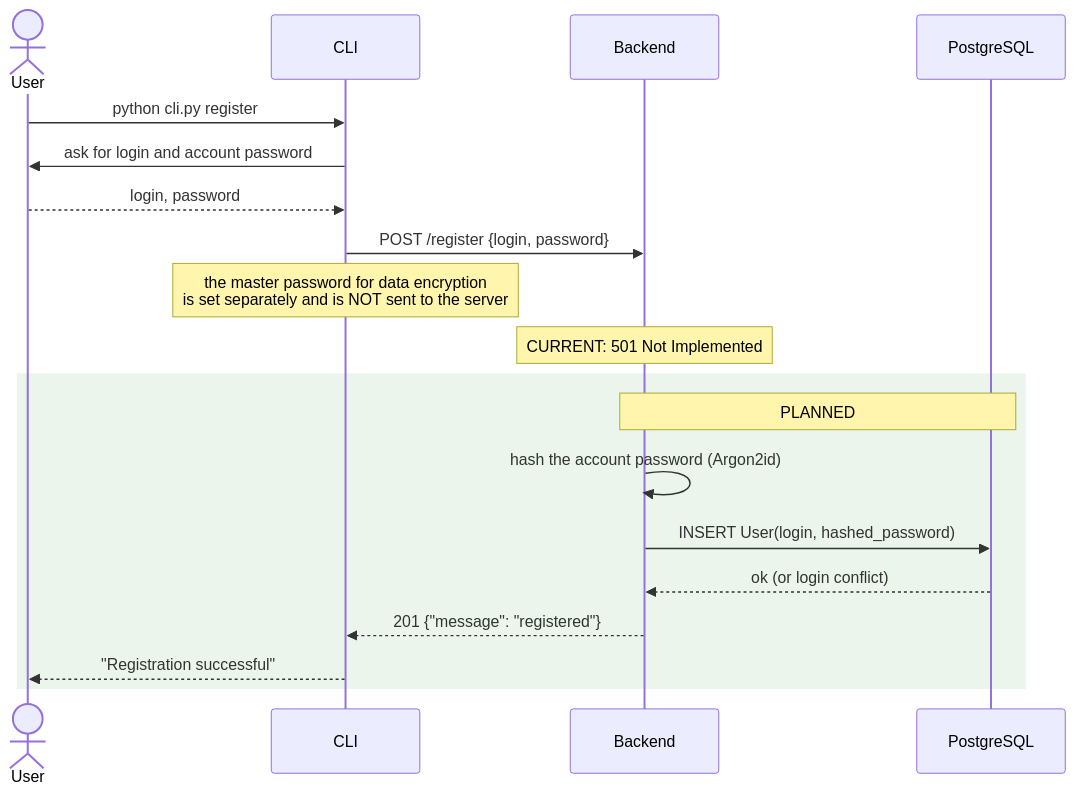
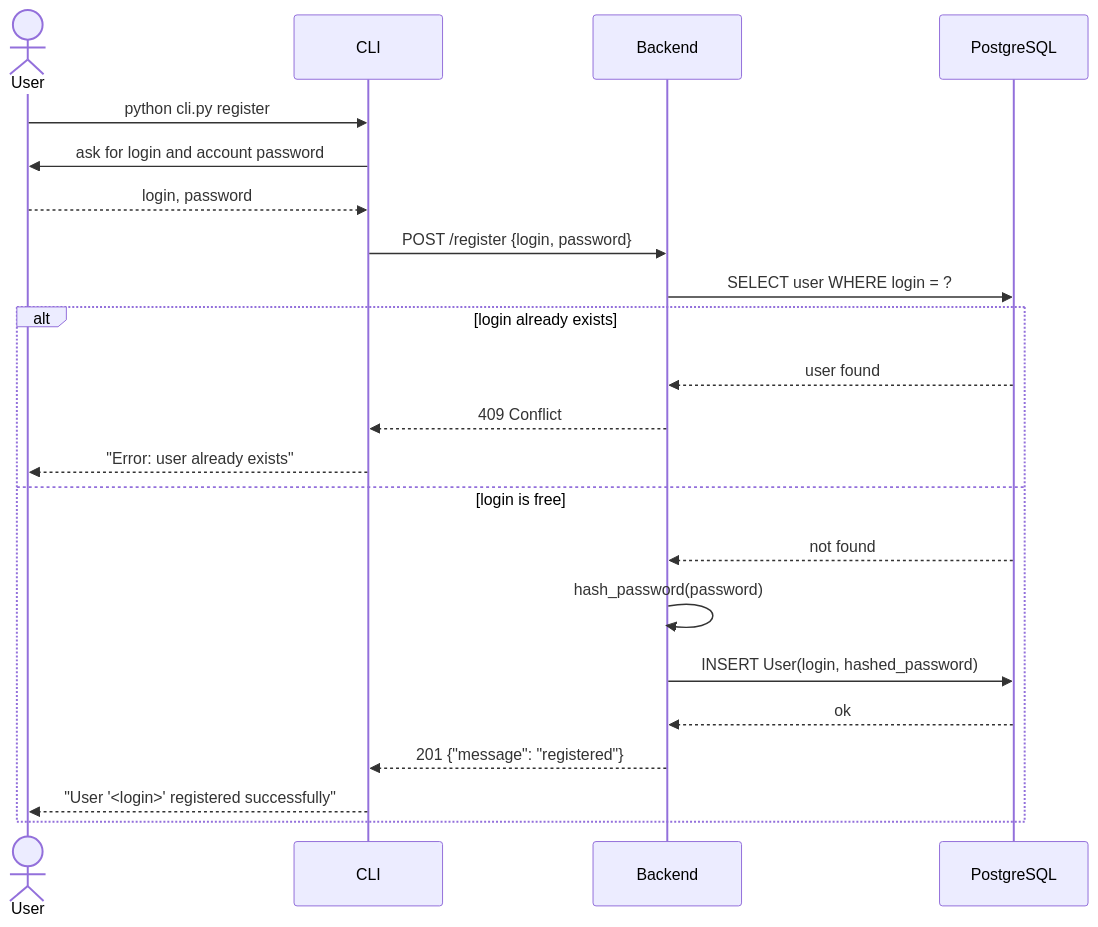
One commit to Unl1te/GophKeeper changed the fourth of 6 diagrams in ARCHITECTURE.md. Above: the diagram before and after it, drawn with Mermaid. The commit also changed other lines of this file, not shown here.

````diff
--- a/ARCHITECTURE.md
+++ b/ARCHITECTURE.md
@@ -106,22 +106,25 @@
 ```mermaid
 sequenceDiagram
     actor U as User
     participant C as CLI
     participant S as Backend
     participant DB as PostgreSQL
 
     U->>C: python cli.py register
     C->>U: ask for login and account password
     U-->>C: login, password
     C->>S: POST /register {login, password}
-    Note over C: the master password for data encryption<br/>is set separately and is NOT sent to the server
-    Note over S: CURRENT: 501 Not Implemented
-    rect rgb(235, 245, 235)
-        Note over S,DB: PLANNED
-        S->>S: hash the account password (Argon2id)
+    S->>DB: SELECT user WHERE login = ?
+    alt login already exists
+        DB-->>S: user found
+        S-->>C: 409 Conflict
+        C-->>U: "Error: user already exists"
+    else login is free
+        DB-->>S: not found
+        S->>S: hash_password(password)
         S->>DB: INSERT User(login, hashed_password)
-        DB-->>S: ok (or login conflict)
+        DB-->>S: ok
         S-->>C: 201 {"message": "registered"}
-        C-->>U: "Registration successful"
+        C-->>U: "User '<login>' registered successfully"
     end
 ```
````
